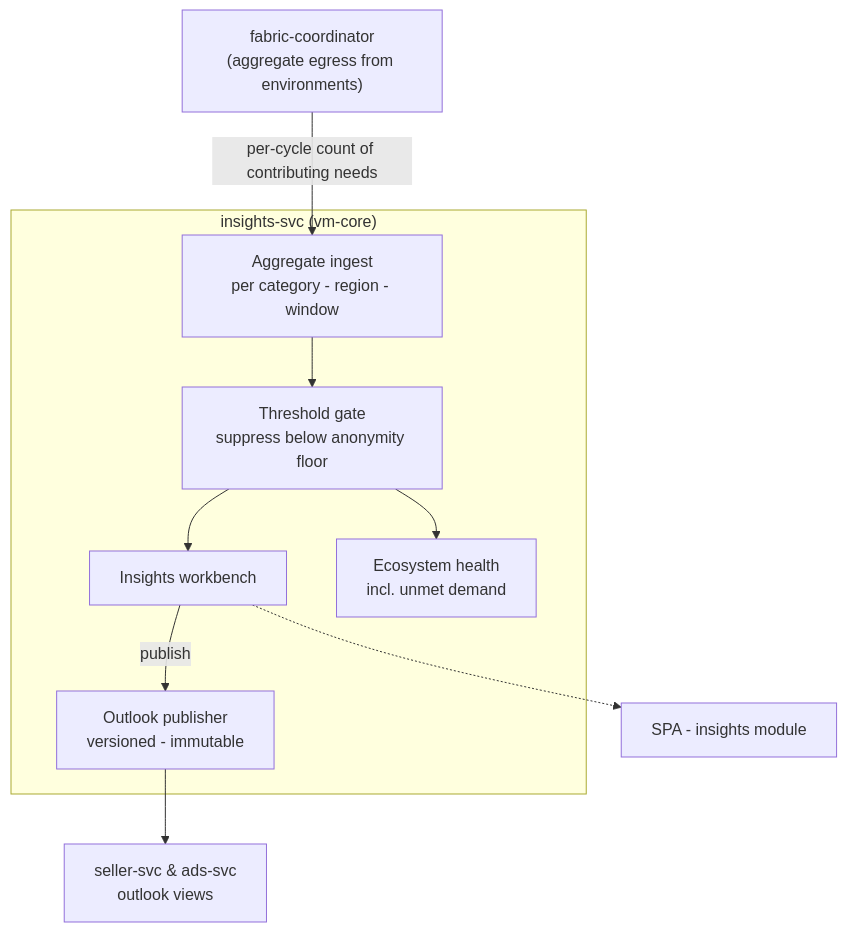
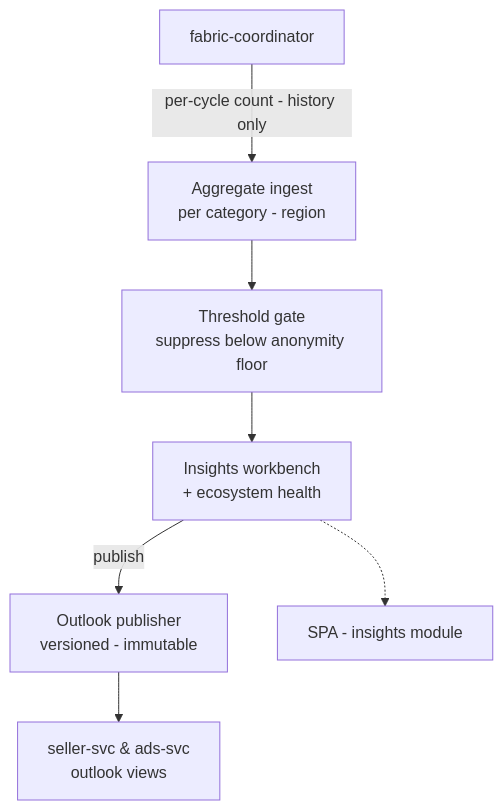
One commit to alius-git/amisad.dev changed the diagram in plan/design/06-insights.md. Above: the diagram before and after it, drawn with Mermaid. The commit also changed other lines of this file and 41 other files, not shown here.

First line of the commit message:
Index the AmisAd design diagrams and keep each within seven boxes

````diff
--- a/plan/design/06-insights.md
+++ b/plan/design/06-insights.md
@@ -7,21 +7,17 @@
 ```mermaid
 flowchart TD
-    subgraph svc["insights-svc (vm-core)"]
-        ingest["Aggregate ingest<br/>per category - region - window"]
-        threshold["Threshold gate<br/>suppress below anonymity floor"]
-        workbench["Insights workbench"]
-        outlooks["Outlook publisher<br/>versioned - immutable"]
-        health["Ecosystem health<br/>incl. unmet demand"]
-    end
-    fabric["fabric-coordinator<br/>(aggregate egress from environments)"]
+    ingest["Aggregate ingest<br/>per category - region"]
+    threshold["Threshold gate<br/>suppress below anonymity floor"]
+    workbench["Insights workbench<br/>+ ecosystem health"]
+    outlooks["Outlook publisher<br/>versioned - immutable"]
+    fabric["fabric-coordinator"]
     spa["SPA - insights module"]
     consumers["seller-svc & ads-svc<br/>outlook views"]
 
-    fabric -->|"per-cycle count of contributing needs"| ingest
+    fabric -->|"per-cycle count - history only"| ingest
     ingest --> threshold
     threshold --> workbench
-    threshold --> health
     workbench -.-> spa
     outlooks --> consumers
     workbench -->|"publish"| outlooks
 ```
````
